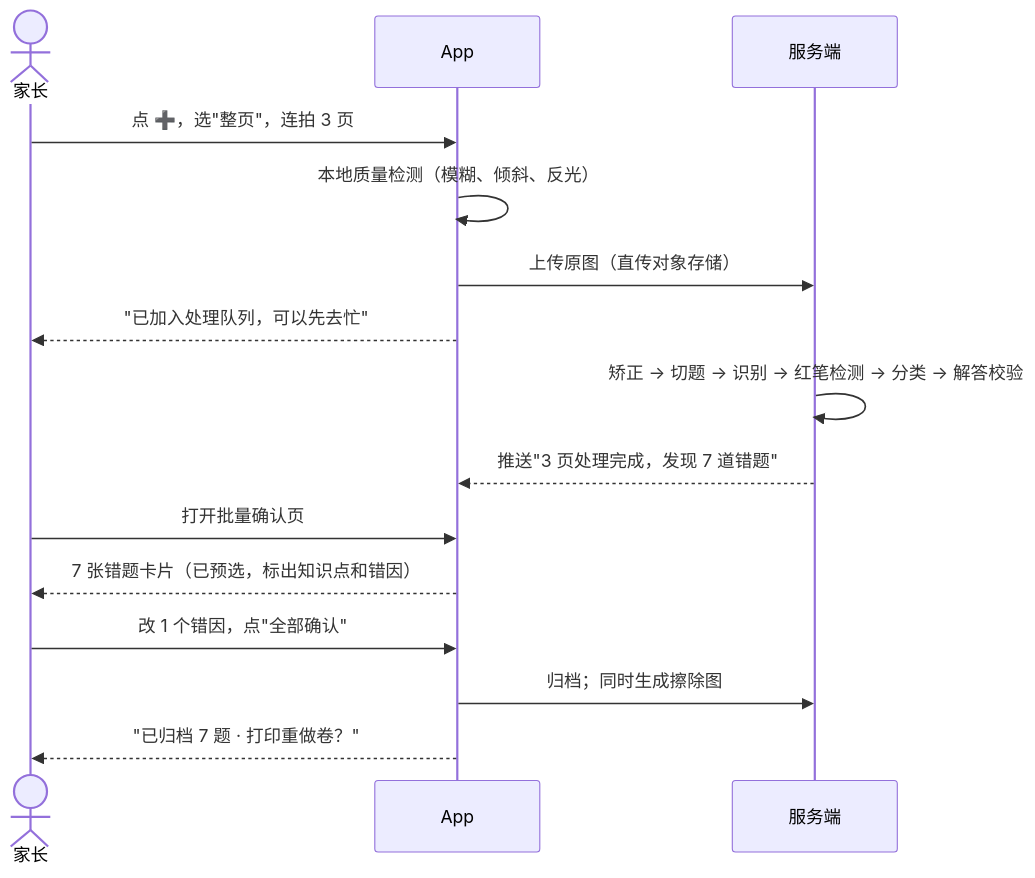
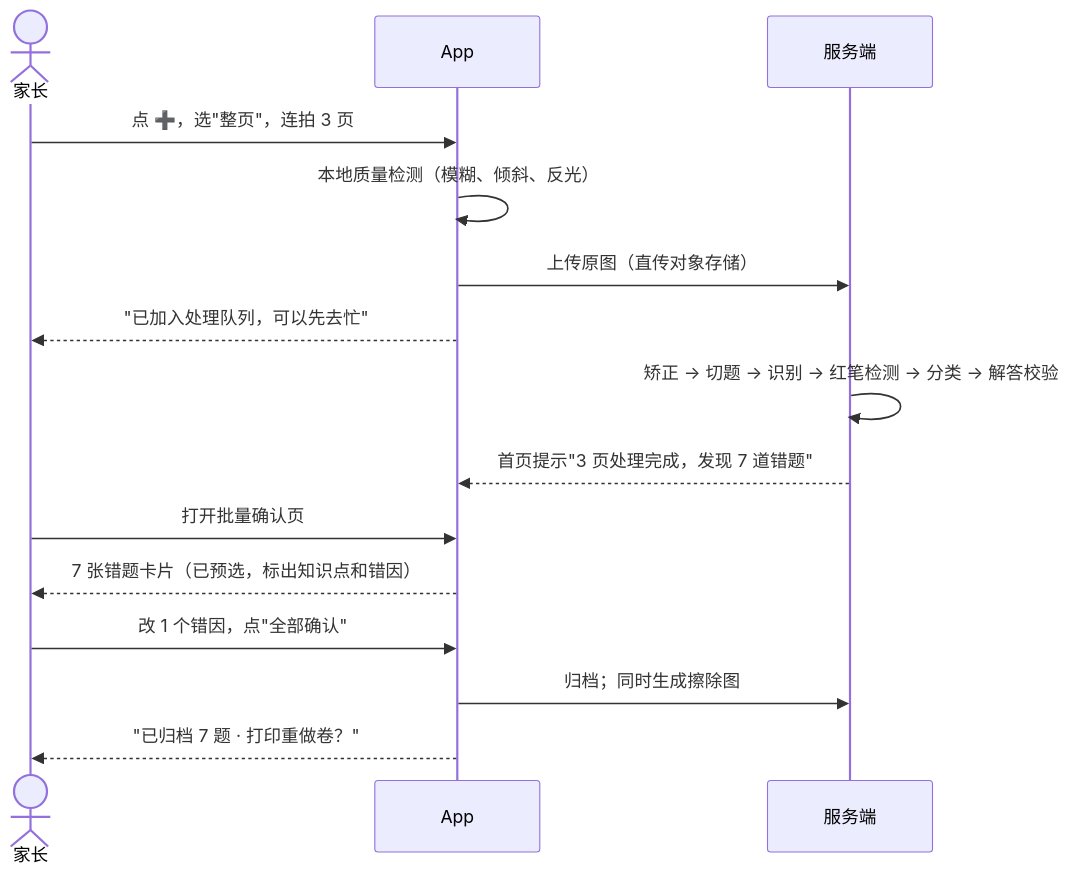
Before and after one commit to tianbao424/Claude-made-stock-bot: the first of 3 diagrams in mistake-mastery/docs/02-ux-design.md, drawn with Mermaid. The commit also changed other lines of this file and 10 other files, not shown here.

````diff
--- a/mistake-mastery/docs/02-ux-design.md
+++ b/mistake-mastery/docs/02-ux-design.md
@@ -78,17 +80,17 @@
 ```mermaid
 sequenceDiagram
     actor P as 家长
     participant App
     participant S as 服务端
     P->>App: 点 ➕，选"整页"，连拍 3 页
     App->>App: 本地质量检测（模糊、倾斜、反光）
     App->>S: 上传原图（直传对象存储）
     App-->>P: "已加入处理队列，可以先去忙"
     S->>S: 矫正 → 切题 → 识别 → 红笔检测 → 分类 → 解答校验
-    S-->>App: 推送"3 页处理完成，发现 7 道错题"
+    S-->>App: 首页提示"3 页处理完成，发现 7 道错题"
     P->>App: 打开批量确认页
     App-->>P: 7 张错题卡片（已预选，标出知识点和错因）
     P->>App: 改 1 个错因，点"全部确认"
     App->>S: 归档；同时生成擦除图
     App-->>P: "已归档 7 题 · 打印重做卷？"
 ```
````
